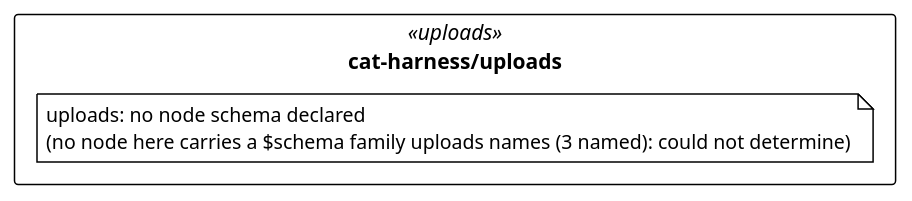
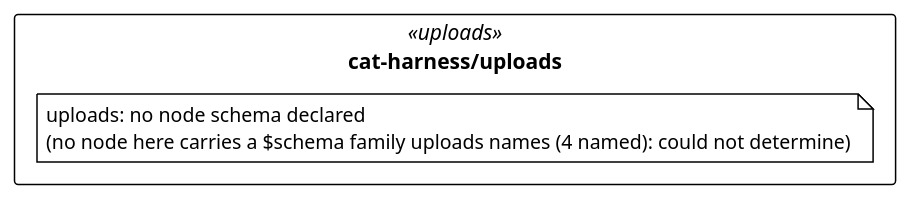
One commit to litlfred/folio-assistant changed the diagram in cat-harness/uml/overview/cat-harness/uploads.puml. Above: the diagram before and after it, drawn with PlantUML. The commit also changed 915 other files, not shown here.

```diff
--- a/cat-harness/uml/overview/cat-harness/uploads.puml
+++ b/cat-harness/uml/overview/cat-harness/uploads.puml
@@ -3,13 +3,13 @@
 @startuml cat_harness_uploads
 !pragma layout elk
 !theme plain
 skinparam classAttributeIconSize 0
 skinparam shadowing false
 skinparam packageStyle rectangle
 hide empty methods
 
 package "cat-harness/uploads" as pkg_cat_harness_uploads <<uploads>> {
-  note "uploads: no node schema declared\n(no node here carries a $schema family uploads names (3 named): could not determine)" as n_cat_harness_uploads_uploads
+  note "uploads: no node schema declared\n(no node here carries a $schema family uploads names (4 named): could not determine)" as n_cat_harness_uploads_uploads
 }
 
 @enduml
```
